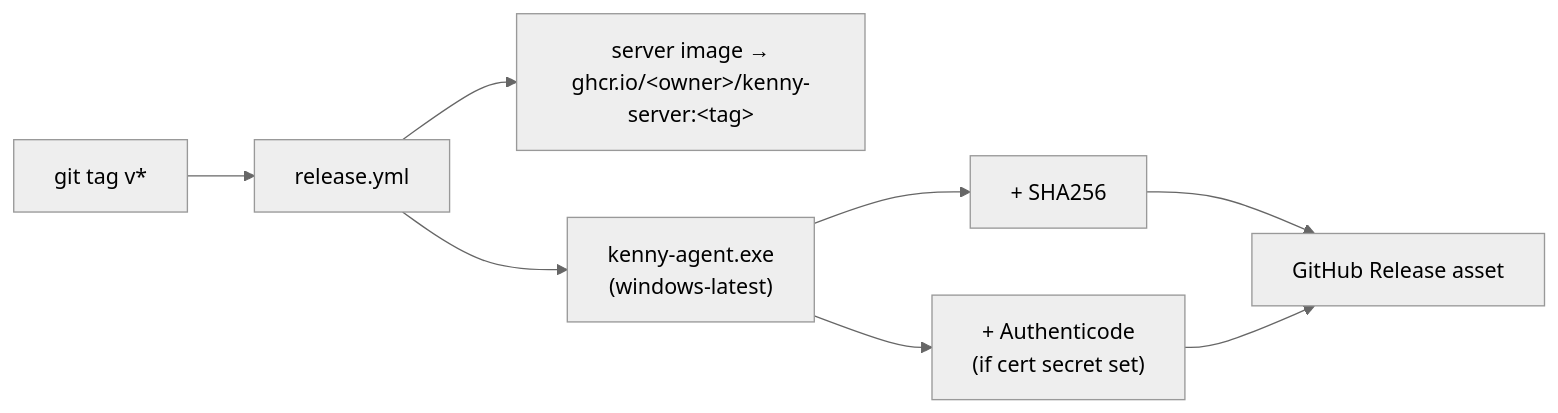
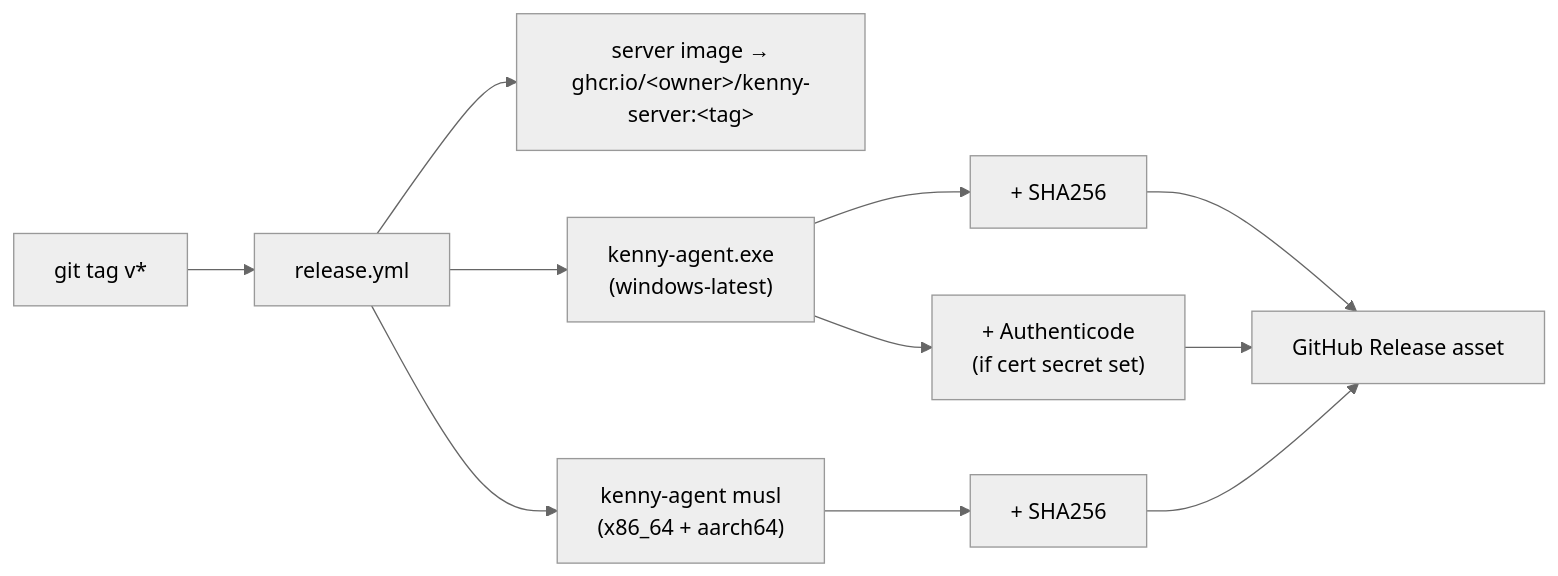
Before and after one commit to nullthrone/kenny: the second of 2 diagrams in docs/setup.md, drawn with Mermaid (neutral theme). The commit also changed other lines of this file and 11 other files, not shown here.

````diff
--- a/docs/setup.md
+++ b/docs/setup.md
@@ -211,9 +274,11 @@
 ```mermaid
 flowchart LR
   Tag["git tag v*"] --> RW["release.yml"]
   RW --> Img["server image →<br/>ghcr.io/&lt;owner&gt;/kenny-server:&lt;tag&gt;"]
   RW --> Exe["kenny-agent.exe<br/>(windows-latest)"]
+  RW --> Lnx["kenny-agent musl<br/>(x86_64 + aarch64)"]
   Exe --> Sha["+ SHA256"]
   Exe --> Sign["+ Authenticode<br/>(if cert secret set)"]
-  Sha & Sign --> Rel["GitHub Release asset"]
+  Lnx --> LSha["+ SHA256"]
+  Sha & Sign & LSha --> Rel["GitHub Release asset"]
 ```
````
